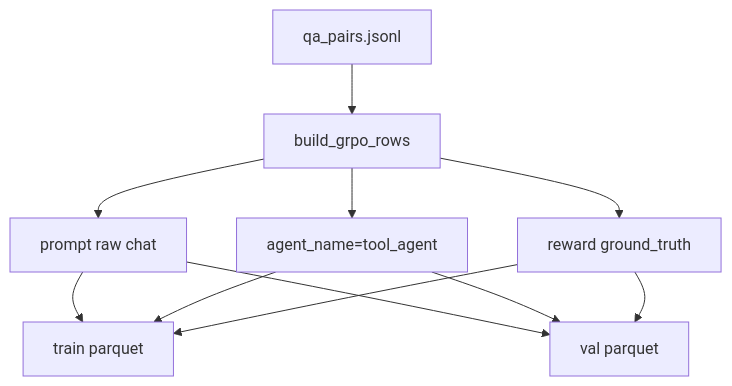
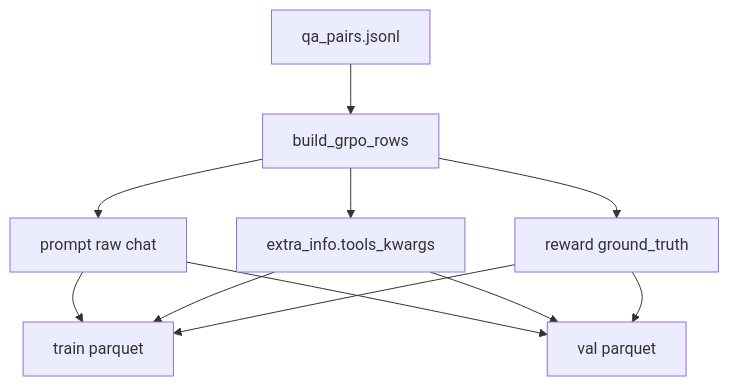
One commit to Lafinger/AgenticRAG-RL changed diagram 11 of 16 in demo/README.md. Above: the diagram before and after it, drawn with Mermaid. The commit also changed other lines of this file and 26 other files, not shown here.

````diff
--- a/demo/README.md
+++ b/demo/README.md
@@ -1174,13 +1179,13 @@
 ```mermaid
 flowchart TD
     A["qa_pairs.jsonl"] --> B["build_grpo_rows"]
     B --> C["prompt raw chat"]
-    B --> D["agent_name=tool_agent"]
+    B --> D["extra_info.tools_kwargs"]
     B --> E["reward ground_truth"]
     C --> F["train parquet"]
     D --> F
     E --> F
     C --> G["val parquet"]
     D --> G
     E --> G
 ```
````
